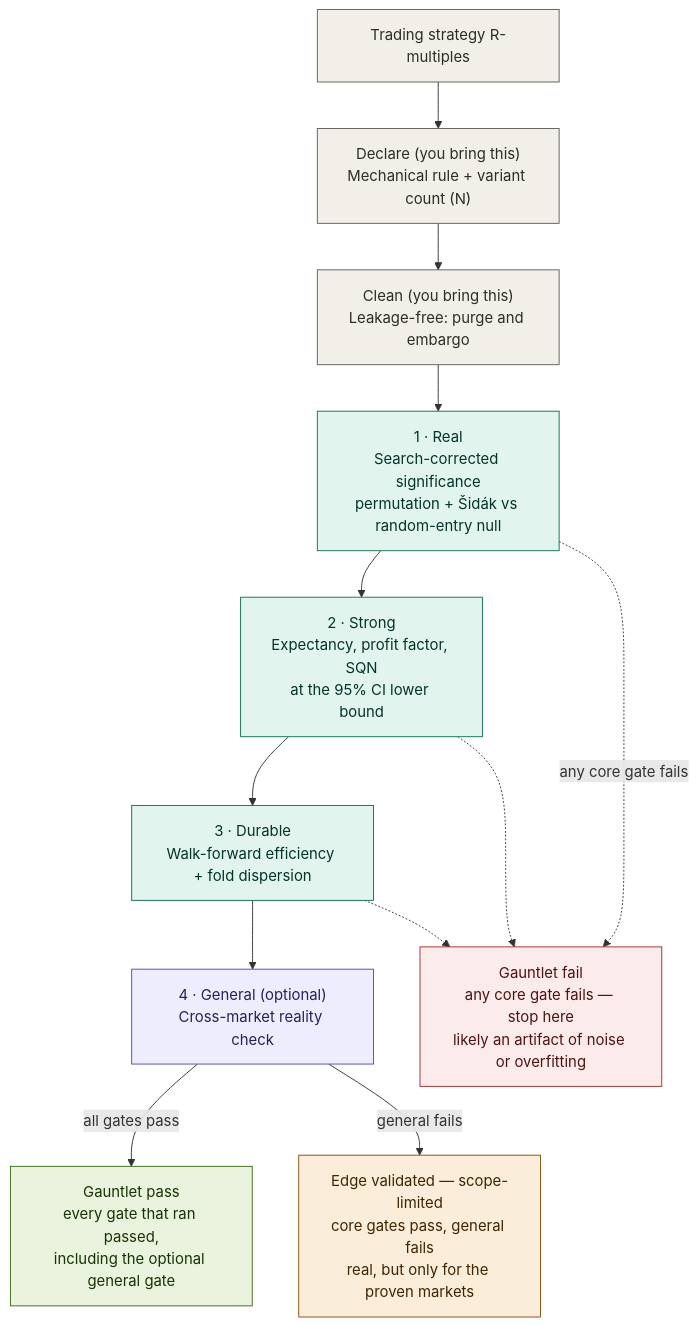
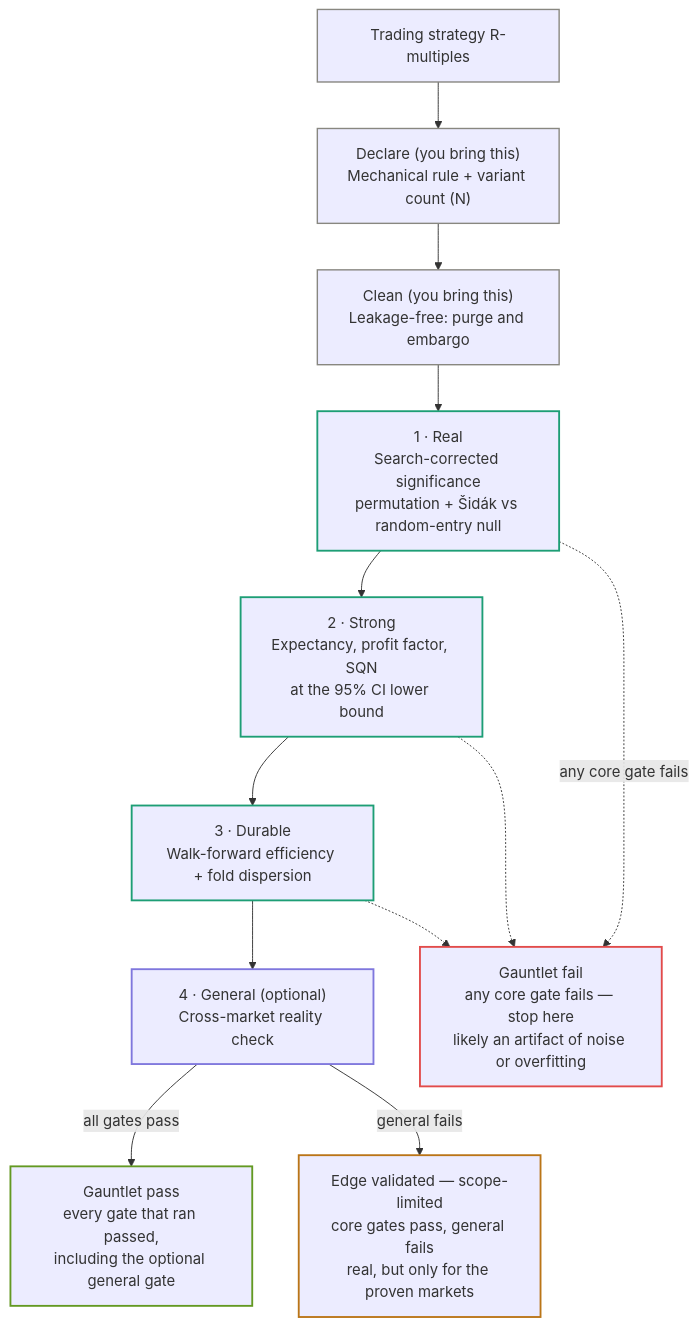
Before and after one commit to mspinola/crucible: the diagram in docs/edge_gate.md, drawn with Mermaid. The commit also changed 2 other files, not shown here.

Commit message:
docs: make gauntlet diagram readable in dark mode via themed fills (#106)
The previous fix (light fills + forcing label text dark in extra.css) lost
the CSS specificity fight against Material's own injected Mermaid styles, so
labels stayed unreadable in the slate scheme.

Switch to an approach that doesn't fight the cascade: drop the fixed fill
and text colours from the diagram's classDef and let Material theme the node
fill+text pair, which it renders readably in both schemes. Categories are now
carried by coloured borders only (teal core, purple optional, green/amber/red
outcomes). Removed the now-counterproductive extra.css override, which would
otherwise force dark text onto Material's dark fills.

````diff
--- a/docs/edge_gate.md
+++ b/docs/edge_gate.md
@@ -14,34 +14,34 @@
 ```mermaid
 flowchart TD
     IN["Trading strategy R-multiples"]
     DECLARE["Declare (you bring this)<br/>Mechanical rule + variant count (N)"]
     CLEAN["Clean (you bring this)<br/>Leakage-free: purge and embargo"]
     REAL["1 · Real<br/>Search-corrected significance<br/>permutation + Šidák vs random-entry null"]
     STRONG["2 · Strong<br/>Expectancy, profit factor, SQN<br/>at the 95% CI lower bound"]
     DURABLE["3 · Durable<br/>Walk-forward efficiency + fold dispersion"]
     GENERAL["4 · General (optional)<br/>Cross-market reality check"]
     PASS["Gauntlet pass<br/>every gate that ran passed,<br/>including the optional general gate"]
     AMBER["Edge validated — scope-limited<br/>core gates pass, general fails<br/>real, but only for the proven markets"]
     FAIL["Gauntlet fail<br/>any core gate fails — stop here<br/>likely an artifact of noise or overfitting"]
 
     IN --> DECLARE --> CLEAN --> REAL --> STRONG --> DURABLE --> GENERAL
     GENERAL -->|all gates pass| PASS
     GENERAL -->|general fails| AMBER
     REAL -.->|any core gate fails| FAIL
     STRONG -.-> FAIL
     DURABLE -.-> FAIL
 
-    classDef pre fill:#F1EFE8,stroke:#5F5E5A,color:#2C2C2A;
-    classDef core fill:#E1F5EE,stroke:#0F6E56,color:#04342C;
-    classDef opt fill:#EEEDFE,stroke:#534AB7,color:#26215C;
-    classDef pass fill:#EAF3DE,stroke:#3B6D11,color:#173404;
-    classDef amber fill:#FAEEDA,stroke:#854F0B,color:#412402;
-    classDef fail fill:#FCEBEB,stroke:#A32D2D,color:#501313;
+    classDef pre stroke:#888780,stroke-width:1.5px;
+    classDef core stroke:#1D9E75,stroke-width:2px;
+    classDef opt stroke:#7F77DD,stroke-width:2px;
+    classDef pass stroke:#639922,stroke-width:2px;
+    classDef amber stroke:#BA7517,stroke-width:2px;
+    classDef fail stroke:#E24B4A,stroke-width:2px;
 
     class IN,DECLARE,CLEAN pre;
     class REAL,STRONG,DURABLE core;
     class GENERAL opt;
     class PASS pass;
     class AMBER amber;
     class FAIL fail;
 ```
````
